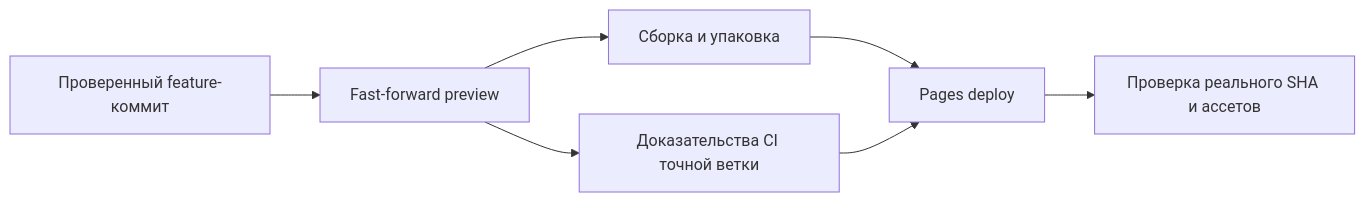
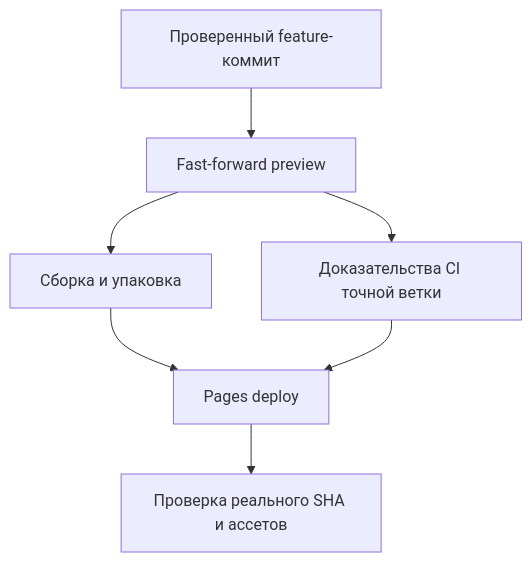
The diagram in docs/engineering/operations.ru.md (ViolettaNcl/FleetManagement), drawn with Mermaid before and after one commit. The commit also changed other lines of this file and 8 other files, not shown here.

```diff
--- a/docs/engineering/operations.ru.md
+++ b/docs/engineering/operations.ru.md
@@ -70,9 +81,9 @@
 ~~~mermaid
-flowchart LR
+flowchart TB
   F[Проверенный feature-коммит] --> P[Fast-forward preview]
   P --> B[Сборка и упаковка]
   P --> E[Доказательства CI точной ветки]
   B --> D[Pages deploy]
   E --> D
   D --> V[Проверка реального SHA и ассетов]
 ~~~
```
